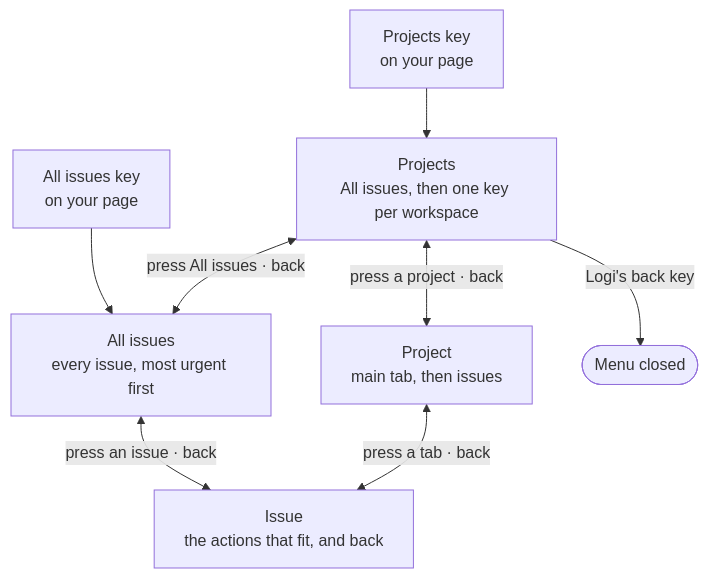
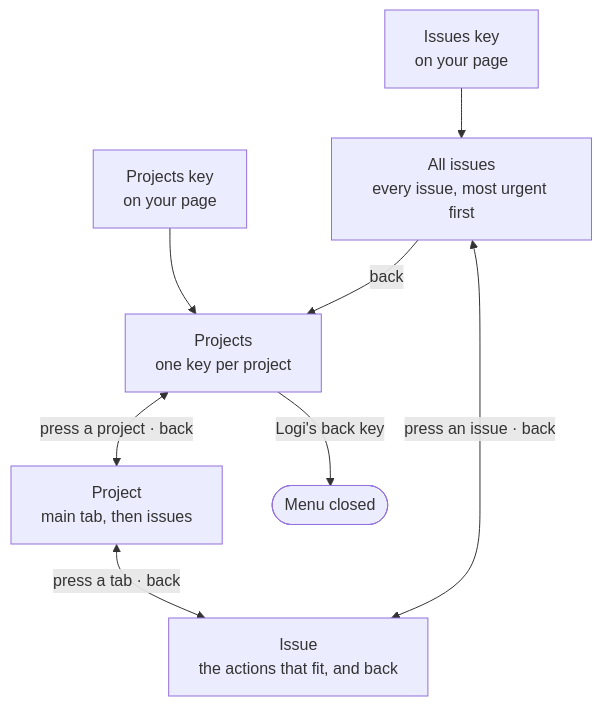
Before and after one commit to PieterLuypaert/helm: the first of 6 diagrams in docs/flows.md, drawn with Mermaid. The commit also changed other lines of this file and 3 other files, not shown here.

Commit message:
docs: calm projects page and fixed back and more

````diff
--- a/docs/flows.md
+++ b/docs/flows.md
@@ -50,10 +50,10 @@
 ```mermaid
 flowchart TD
-    key["Projects key<br/>on your page"] --> projects["Projects<br/>All issues, then one key per workspace"]
-    allIssues["All issues key<br/>on your page"] --> overview
-    projects <-->|"press All issues · back"| overview["All issues<br/>every issue, most urgent first"]
+    key["Projects key<br/>on your page"] --> projects["Projects<br/>one key per project"]
+    allIssues["Issues key<br/>on your page"] --> overview["All issues<br/>every issue, most urgent first"]
+    overview -->|back| projects
     projects <-->|"press a project · back"| project["Project<br/>main tab, then issues"]
     overview <-->|"press an issue · back"| issue["Issue<br/>the actions that fit, and back"]
     project <-->|"press a tab · back"| issue
     projects -->|"Logi's back key"| closed(["Menu closed"])
 ```
````
